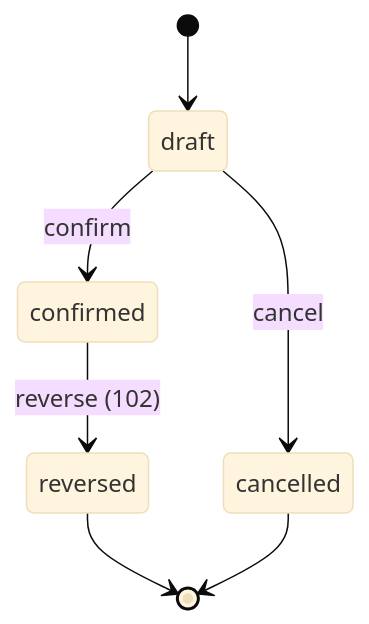
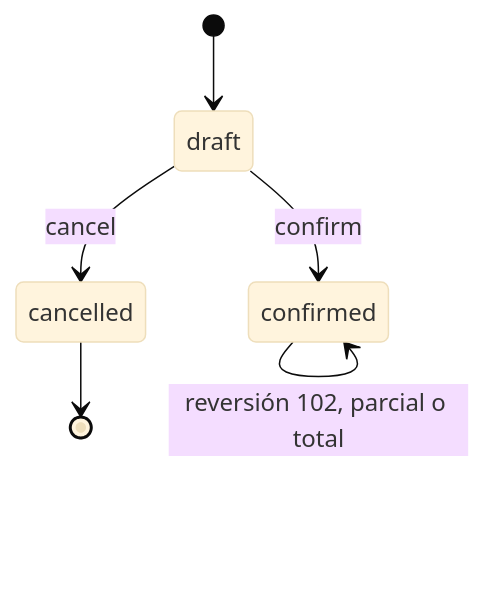
The third of 6 diagrams in docs/03-architecture/domain-model.md (maruccimauro/Warehouse-Management-System), drawn with Mermaid (base theme) before and after one commit. The commit also changed other lines of this file and 4 other files, not shown here.

````diff
--- a/docs/03-architecture/domain-model.md
+++ b/docs/03-architecture/domain-model.md
@@ -131,9 +139,8 @@
 ```mermaid
 stateDiagram-v2
   [*] --> draft
   draft --> confirmed: confirm
   draft --> cancelled: cancel
-  confirmed --> reversed: reverse (102)
-  reversed --> [*]
+  confirmed --> confirmed: reversión 102, parcial o total
   cancelled --> [*]
 ```
````
